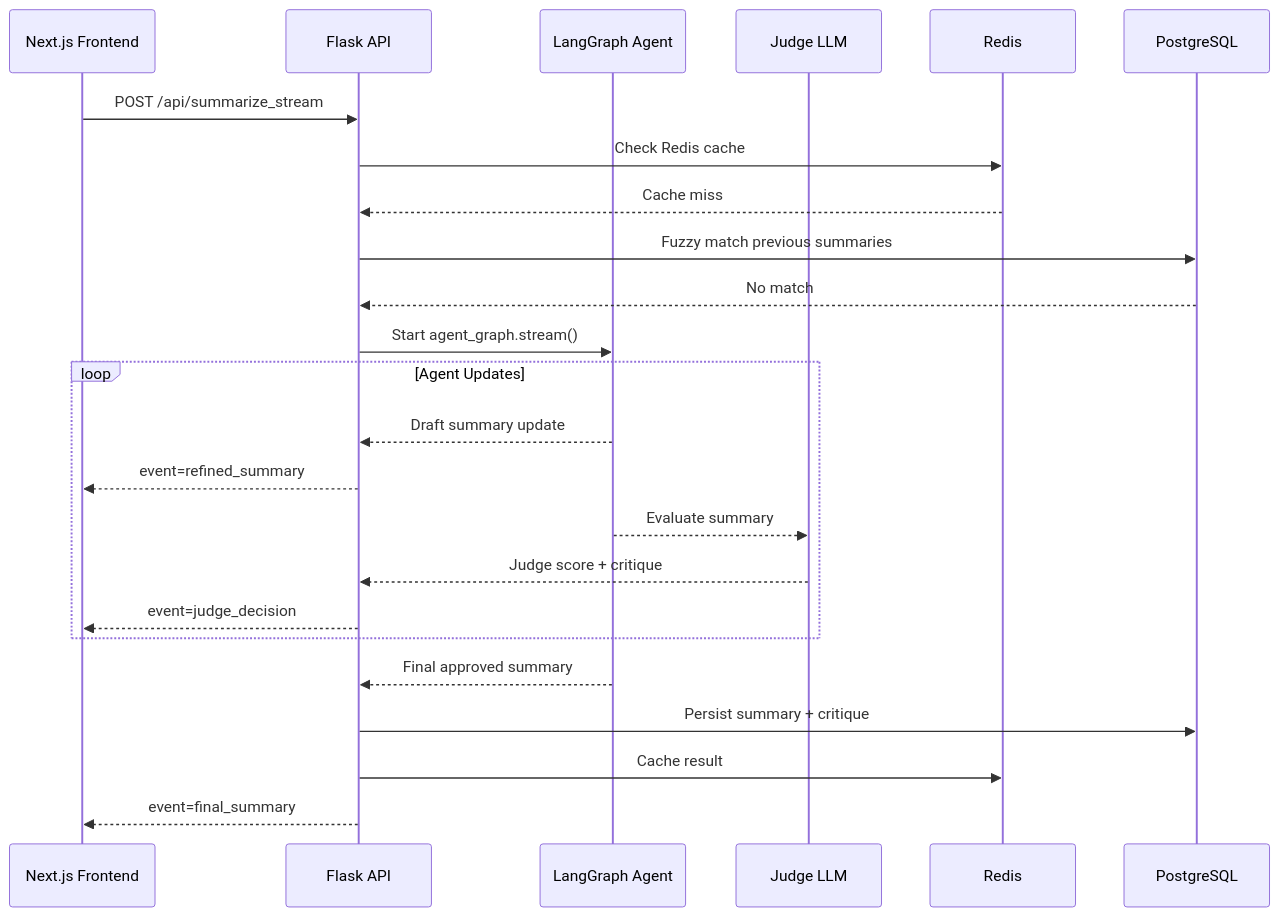
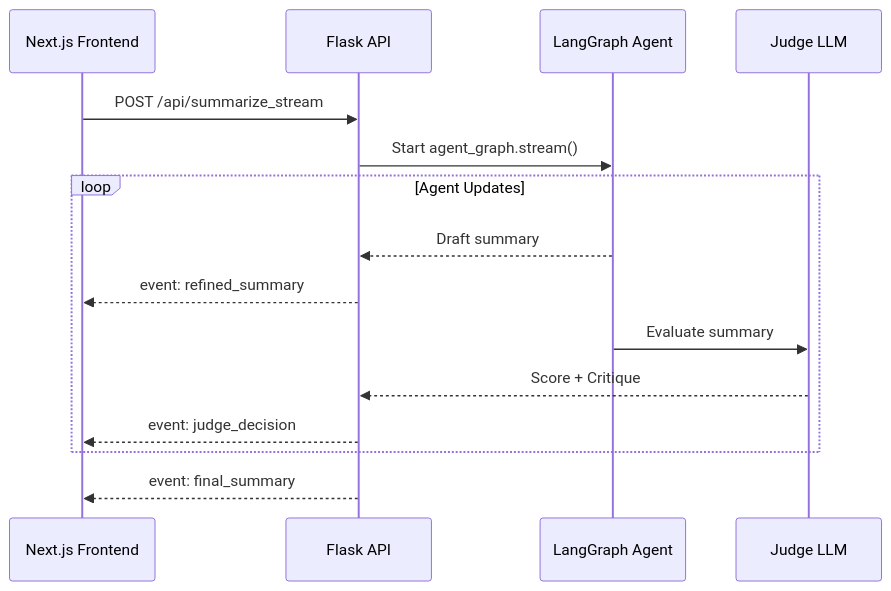
One commit to rabebe/ai-chatbot changed the second of 3 diagrams in README.md. Above: the diagram before and after it, drawn with Mermaid. The commit also changed other lines of this file, not shown here.

Commit message:
Docs: overhaul README with architecture diagrams and setup guides

````diff
--- a/README.md
+++ b/README.md
@@ -70,32 +34,18 @@
 ```mermaid
 sequenceDiagram
     participant FE as Next.js Frontend
     participant API as Flask API
     participant AG as LangGraph Agent
     participant J as Judge LLM
-    participant R as Redis
-    participant DB as PostgreSQL
-
 
     FE->>API: POST /api/summarize_stream
-    API->>R: Check Redis cache
-    R-->>API: Cache miss
-    API->>DB: Fuzzy match previous summaries
-    DB-->>API: No match
     API->>AG: Start agent_graph.stream()
-
-
-loop Agent Updates
-    AG-->>API: Draft summary update
-    API-->>FE: event=refined_summary
-    AG-->>J: Evaluate summary
-    J-->>API: Judge score + critique
-    API-->>FE: event=judge_decision
-end
-
-
-AG-->>API: Final approved summary
-API->>DB: Persist summary + critique
-API->>R: Cache result
-API-->>FE: event=final_summary
+    loop Agent Updates
+        AG-->>API: Draft summary
+        API-->>FE: event: refined_summary
+        AG->>J: Evaluate summary
+        J-->>API: Score + Critique
+        API-->>FE: event: judge_decision
+    end
+    API-->>FE: event: final_summary
 ```
````
